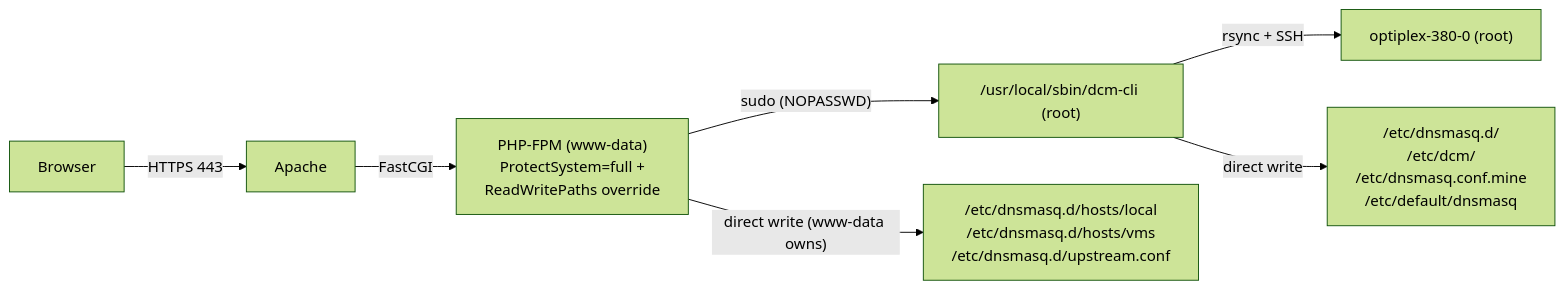
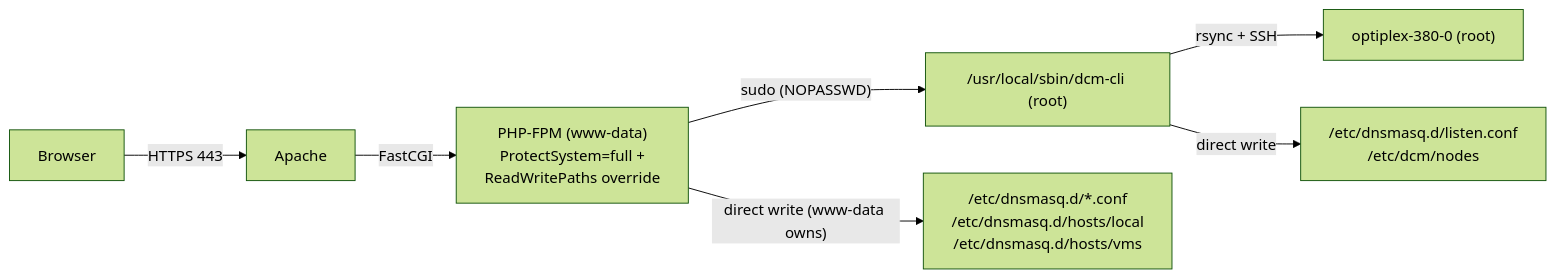
Before and after one commit to ernolf/dcm: the fourth of 6 diagrams in docs/architecture.md, drawn with Mermaid (forest theme). The commit also changed other lines of this file and 21 other files, not shown here.

````diff
--- a/docs/architecture.md
+++ b/docs/architecture.md
@@ -181,9 +182,9 @@
 ```mermaid
 graph LR
     Browser -->|HTTPS 443| Apache
     Apache -->|FastCGI| PHPFPM["PHP-FPM (www-data)\nProtectSystem=full +\nReadWritePaths override"]
     PHPFPM -->|"sudo (NOPASSWD)"| CLI["/usr/local/sbin/dcm-cli (root)"]
     CLI -->|"rsync + SSH"| Remote["optiplex-380-0 (root)"]
-    CLI -->|"direct write"| EtcDnsmasq["/etc/dnsmasq.d/\n/etc/dcm/\n/etc/dnsmasq.conf.mine\n/etc/default/dnsmasq"]
-    PHPFPM -->|"direct write (www-data owns)"| HostsFiles["/etc/dnsmasq.d/hosts/local\n/etc/dnsmasq.d/hosts/vms\n/etc/dnsmasq.d/upstream.conf"]
+    CLI -->|"direct write"| EtcDnsmasq["/etc/dnsmasq.d/listen.conf\n/etc/dcm/nodes"]
+    PHPFPM -->|"direct write (www-data owns)"| HostsFiles["/etc/dnsmasq.d/*.conf\n/etc/dnsmasq.d/hosts/local\n/etc/dnsmasq.d/hosts/vms"]
 ```
````
